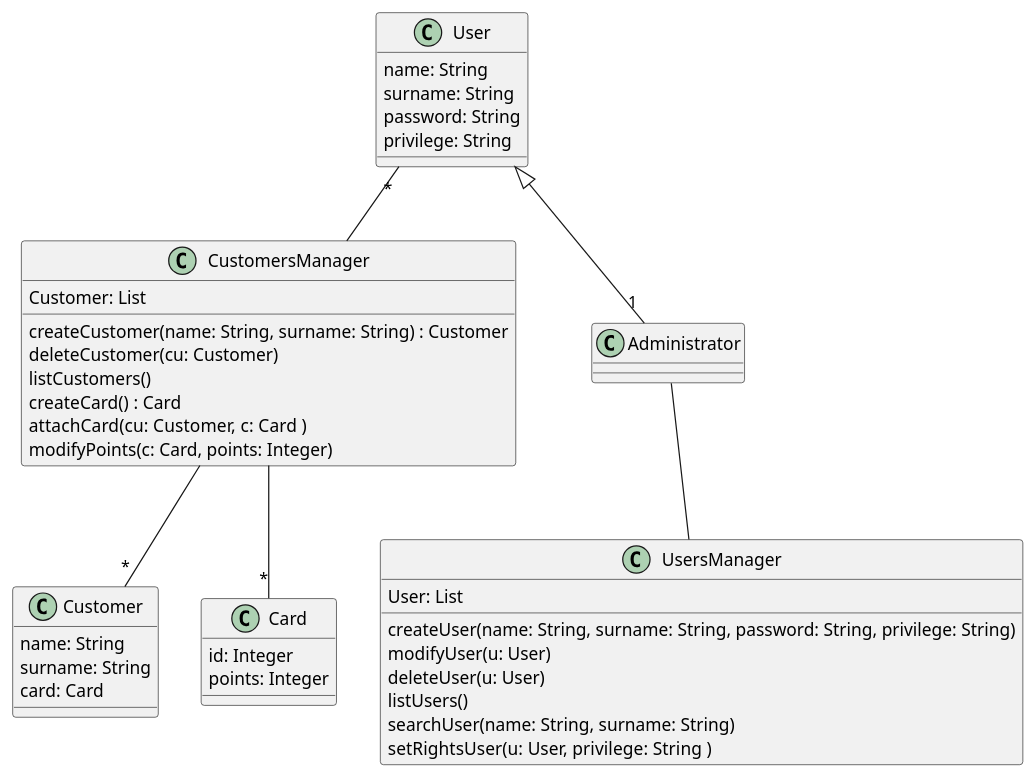
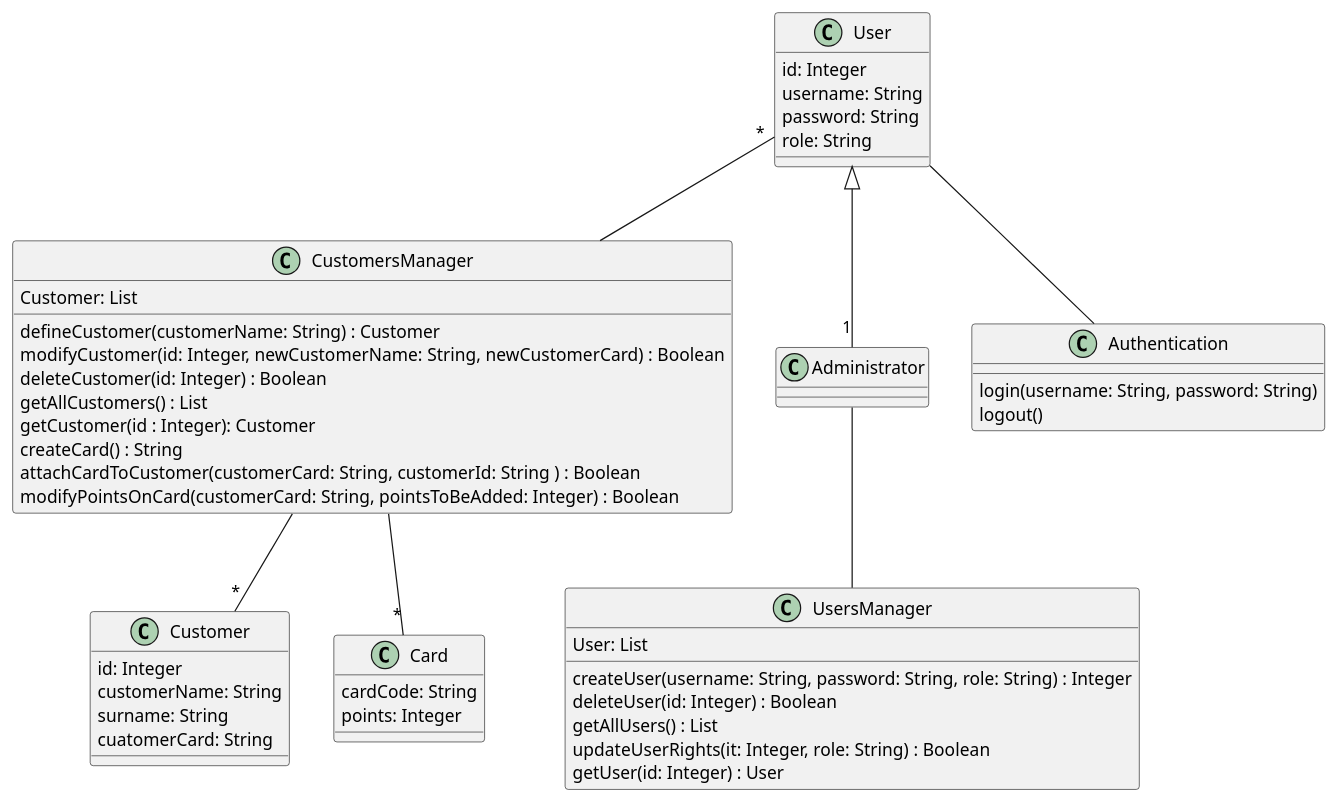
Before and after one commit to nicolabattaglino/ezshop: the second of 3 diagrams in Deliverables/DesignDocument.md, drawn with PlantUML.

````diff
--- a/Deliverables/DesignDocument.md
+++ b/Deliverables/DesignDocument.md
@@ -144,62 +144,69 @@
 ```plantuml
 @startuml
 
 class UsersManager{
     User: List
-    createUser(name: String, surname: String, password: String, privilege: String)
-    modifyUser(u: User)
-    deleteUser(u: User)
-    listUsers()
-    searchUser(name: String, surname: String)
-    setRightsUser(u: User, privilege: String )
+    createUser(username: String, password: String, role: String) : Integer
+    deleteUser(id: Integer) : Boolean
+    getAllUsers() : List
+    updateUserRights(it: Integer, role: String) : Boolean
+    getUser(id: Integer) : User
+
 }
 
 class CustomersManager {
     Customer: List
-    createCustomer(name: String, surname: String) : Customer
-    deleteCustomer(cu: Customer)
-    listCustomers()
-    createCard() : Card
-    attachCard(cu: Customer, c: Card )
-    modifyPoints(c: Card, points: Integer)
+    defineCustomer(customerName: String) : Customer
+    modifyCustomer(id: Integer, newCustomerName: String, newCustomerCard) : Boolean
+    deleteCustomer(id: Integer) : Boolean
+    getAllCustomers() : List
+    getCustomer(id : Integer): Customer
+    createCard() : String
+    attachCardToCustomer(customerCard: String, customerId: String ) : Boolean
+    modifyPointsOnCard(customerCard: String, pointsToBeAdded: Integer) : Boolean
 }
 
 
 class User {
-  name: String
-  surname: String
-  password: String
-  privilege: String
-  
-
+    id: Integer
+    username: String
+    password: String
+    role: String
 
 }
 
 class Administrator {
     
     
 }
 
 class Customer {
-    name: String
+    id: Integer
+    customerName: String
     surname: String
-    card: Card
+    cuatomerCard: String
    
     
     
 }
 
 class Card {
-    id: Integer
+    cardCode: String
     points: Integer
  
+}
+
+class Authentication {
+    login(username: String, password: String)
+    logout()
 }
 
 Administrator -- UsersManager
 User <|-- "1" Administrator
 CustomersManager -- "*" Customer
 User "*" -- CustomersManager
 CustomersManager -- "*" Card
+User -- Authentication
 @enduml
 
 ```
````
